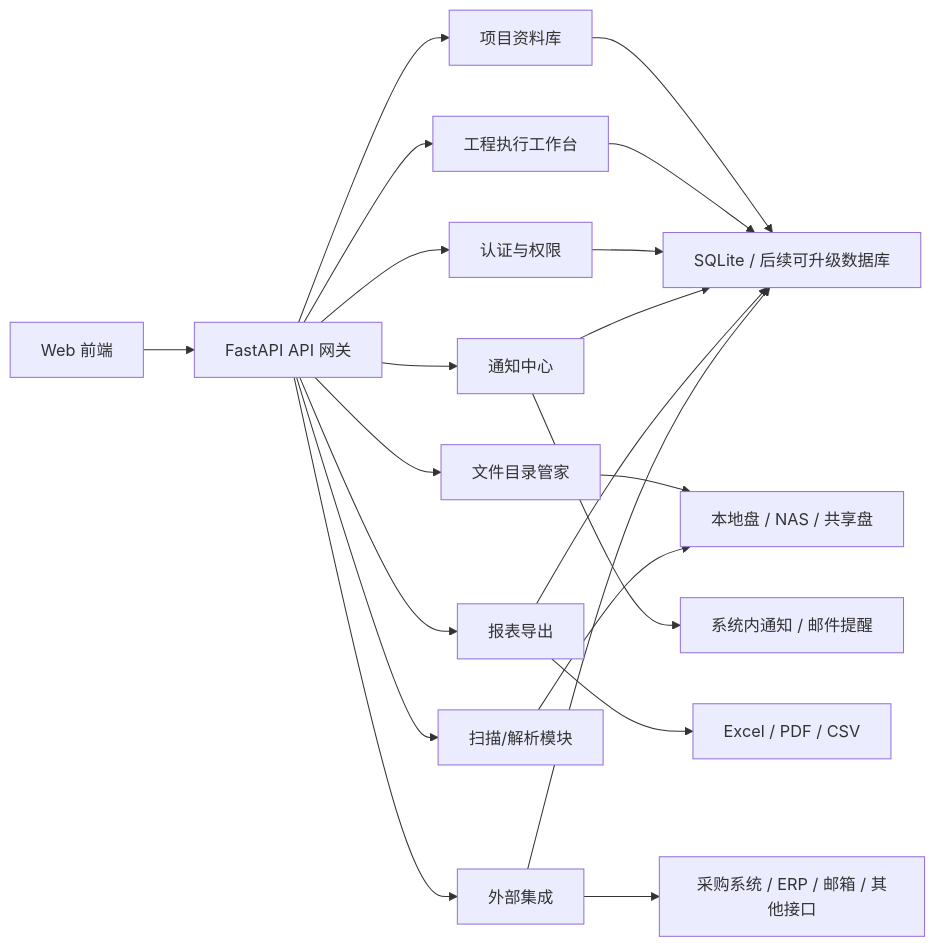
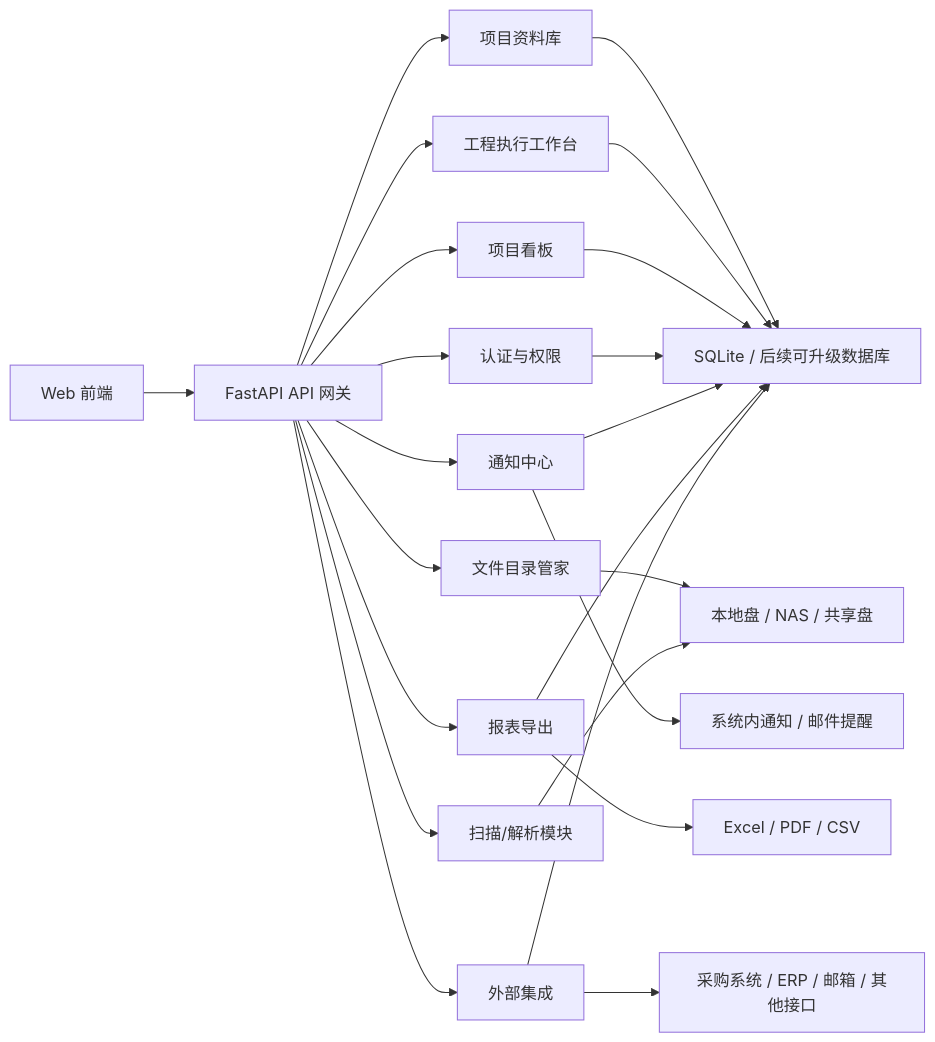
Before and after one commit to endufork/customer-project-manager: the diagram in project-management-platform-architecture-plan-v0.1.md, drawn with Mermaid. The commit also changed other lines of this file and 16 other files, not shown here.

````diff
--- a/project-management-platform-architecture-plan-v0.1.md
+++ b/project-management-platform-architecture-plan-v0.1.md
@@ -51,26 +53,28 @@
 ```mermaid
 flowchart LR
   A["Web 前端"] --> B["FastAPI API 网关"]
 
   B --> C["认证与权限"]
   B --> D["项目资料库"]
   B --> E["工程执行工作台"]
+  B --> P["项目看板"]
   B --> F["文件目录管家"]
   B --> G["扫描/解析模块"]
   B --> H["通知中心"]
   B --> I["报表导出"]
   B --> J["外部集成"]
 
   D --> K["SQLite / 后续可升级数据库"]
   E --> K
+  P --> K
   C --> K
   H --> K
   I --> K
   J --> K
 
   F --> L["本地盘 / NAS / 共享盘"]
   G --> L
   I --> M["Excel / PDF / CSV"]
   H --> N["系统内通知 / 邮件提醒"]
   J --> O["采购系统 / ERP / 邮箱 / 其他接口"]
 ```
````
